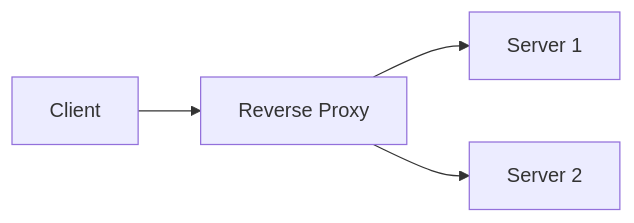
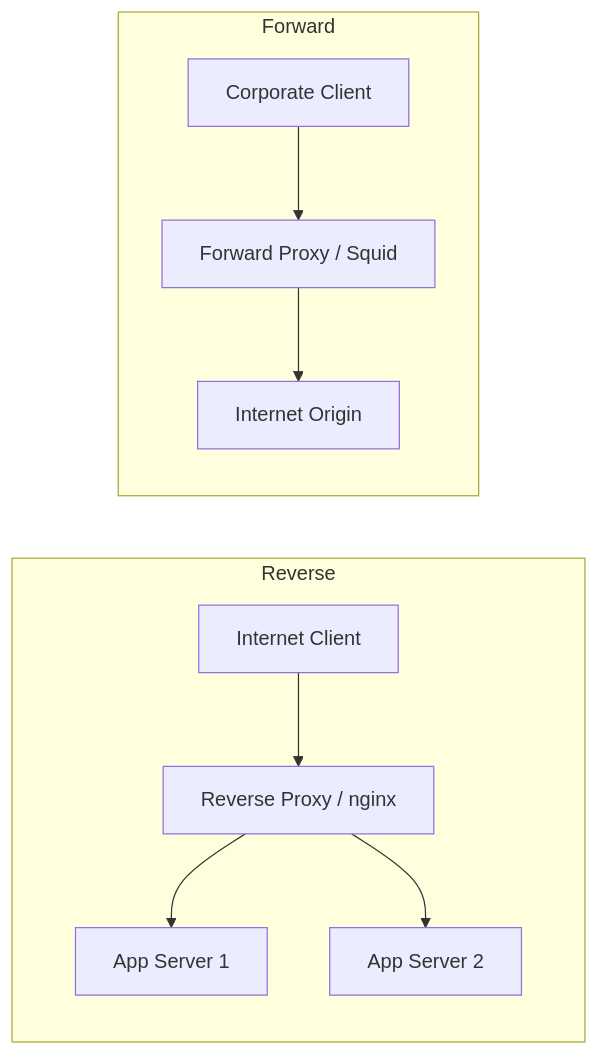
Diagram 16 of 24 in 01-networking/README.md (hareramcse/SystemDesign), drawn with Mermaid before and after one commit. The commit also changed other lines of this file and 14 other files, not shown here.

````diff
--- a/01-networking/README.md
+++ b/01-networking/README.md
@@ -880,6 +1322,12 @@
 ```mermaid
 flowchart LR
-    C[Client] --> RP[Reverse Proxy]
-    RP --> S1[Server 1]
-    RP --> S2[Server 2]
+    subgraph Reverse
+        C1[Internet Client] --> RP[Reverse Proxy / nginx]
+        RP --> S1[App Server 1]
+        RP --> S2[App Server 2]
+    end
+    subgraph Forward
+        C2[Corporate Client] --> FP[Forward Proxy / Squid]
+        FP --> Internet[Internet Origin]
+    end
 ```
````
